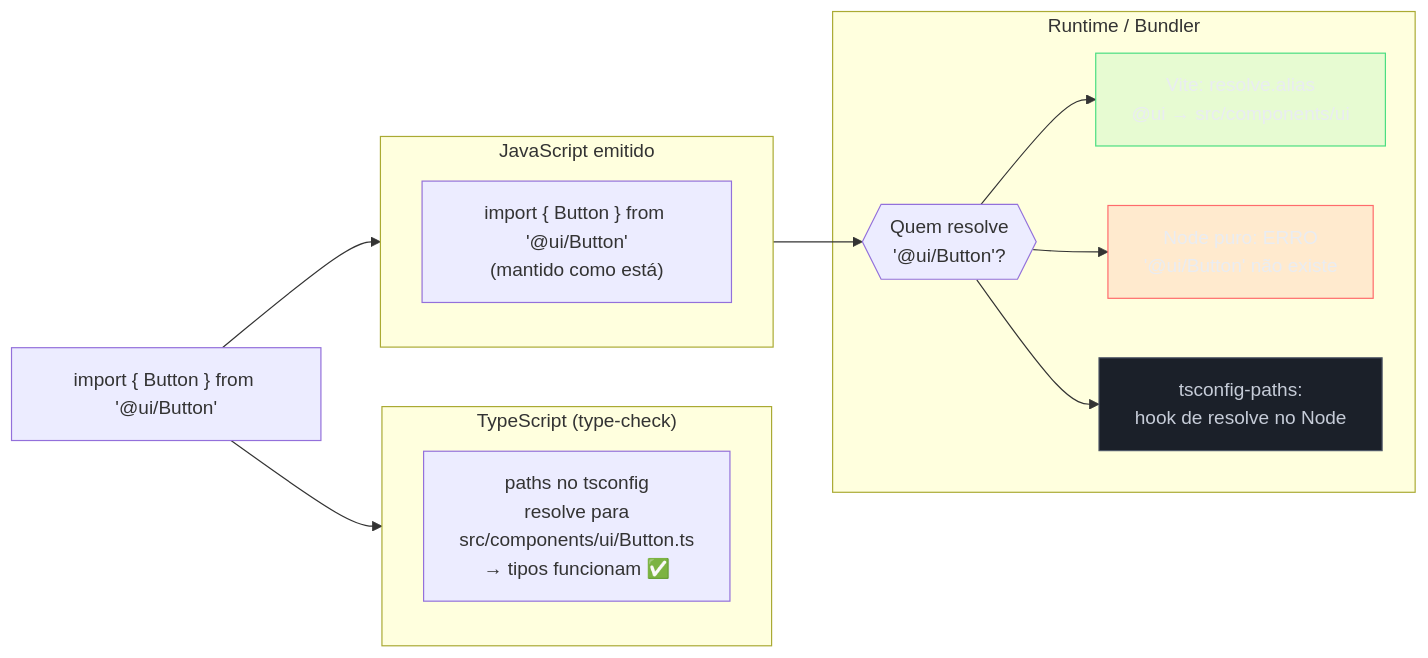
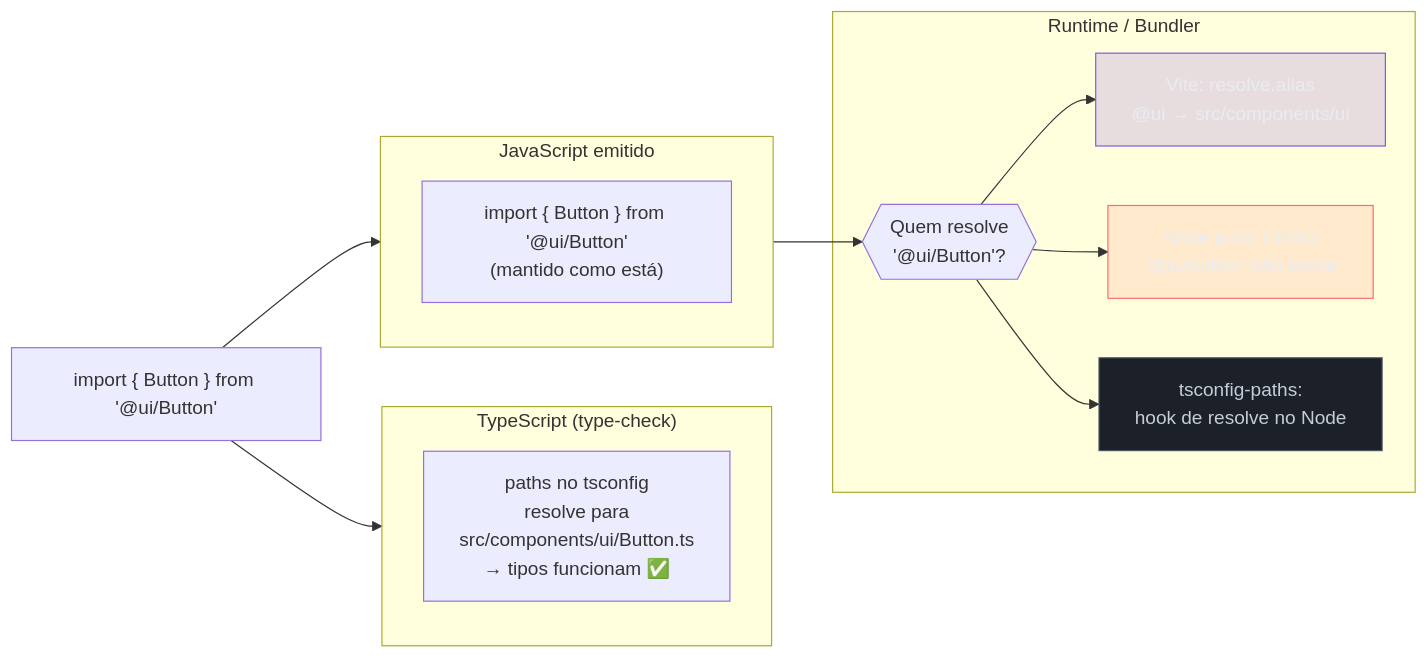
One commit to josenaldo/codex-technomanticus changed the sixth of 7 diagrams in 03-Dominios/Tecnologia/TypeScript/21 - Modules - ESM, CJS e type-only imports.md. Above: the diagram before and after it, drawn with Mermaid. The commit also changed other lines of this file and 601 other files, not shown here.

````diff
--- a/03-Dominios/Tecnologia/TypeScript/21 - Modules - ESM, CJS e type-only imports.md
+++ b/03-Dominios/Tecnologia/TypeScript/21 - Modules - ESM, CJS e type-only imports.md
@@ -436,33 +437,33 @@
 ```mermaid
 flowchart LR
+    classDef marca fill:#8855DF33,stroke:#8855DF,color:#E9ECF2
     classDef falha fill:#FF6B6B24,stroke:#FF6B6B,color:#E9ECF2
-    classDef ok fill:#4ADE8021,stroke:#4ADE80,color:#E9ECF2
     classDef neutro fill:#1B2029,stroke:#4E5666,color:#C6CCD8
     SRC["import { Button } from '@ui/Button'"]
 
     subgraph TS["TypeScript (type-check)"]
         TC["paths no tsconfig\nresolve para\nsrc/components/ui/Button.ts\n→ tipos funcionam ✅"]
     end
 
     subgraph EMIT["JavaScript emitido"]
         EM["import { Button } from '@ui/Button'\n(mantido como está)"]
     end
 
     subgraph RUNTIME["Runtime / Bundler"]
         RT{{"Quem resolve\n'@ui/Button'?"}}
         VITE["Vite: resolve.alias\n@ui → src/components/ui"]
         NODE["Node puro: ERRO\n'@ui/Button' não existe"]
         TSPATH["tsconfig-paths:\nhook de resolve no Node"]
     end
 
     SRC --> TS
     SRC --> EMIT
     EMIT --> RT
     RT --> VITE
     RT --> NODE
     RT --> TSPATH
 
     class NODE falha
-    class VITE ok
+    class VITE marca
     class TSPATH neutro
 ```
````
